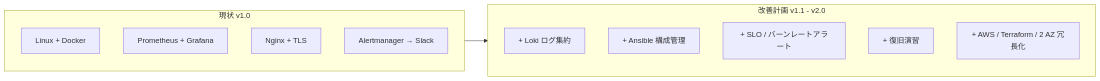
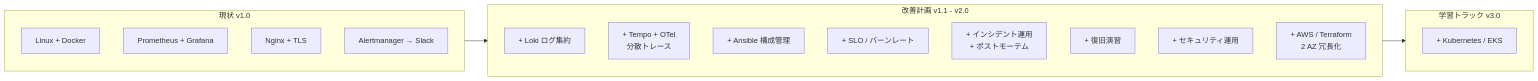
Before and after one commit to ns7jp/ns7jp: the diagram in README.md, drawn with Mermaid. The commit also changed other lines of this file and 11 other files, not shown here.

````diff
--- a/README.md
+++ b/README.md
@@ -9,19 +9,26 @@
 ```mermaid
 flowchart LR
     subgraph Current[現状 v1.0]
         C1[Linux + Docker]
         C2[Prometheus + Grafana]
         C3[Nginx + TLS]
         C4[Alertmanager → Slack]
     end
 
     subgraph Next[改善計画 v1.1 - v2.0]
         N1[+ Loki ログ集約]
-        N2[+ Ansible 構成管理]
-        N3[+ SLO / バーンレートアラート]
-        N4[+ 復旧演習]
-        N5[+ AWS / Terraform / 2 AZ 冗長化]
+        N2[+ Tempo + OTel<br/>分散トレース]
+        N3[+ Ansible 構成管理]
+        N4[+ SLO / バーンレート]
+        N5[+ インシデント運用<br/>+ ポストモーテム]
+        N6[+ 復旧演習]
+        N7[+ セキュリティ運用]
+        N8[+ AWS / Terraform<br/>2 AZ 冗長化]
     end
 
-    Current --> Next
+    subgraph Long[学習トラック v3.0]
+        L1[+ Kubernetes / EKS]
+    end
+
+    Current --> Next --> Long
 ```
````
